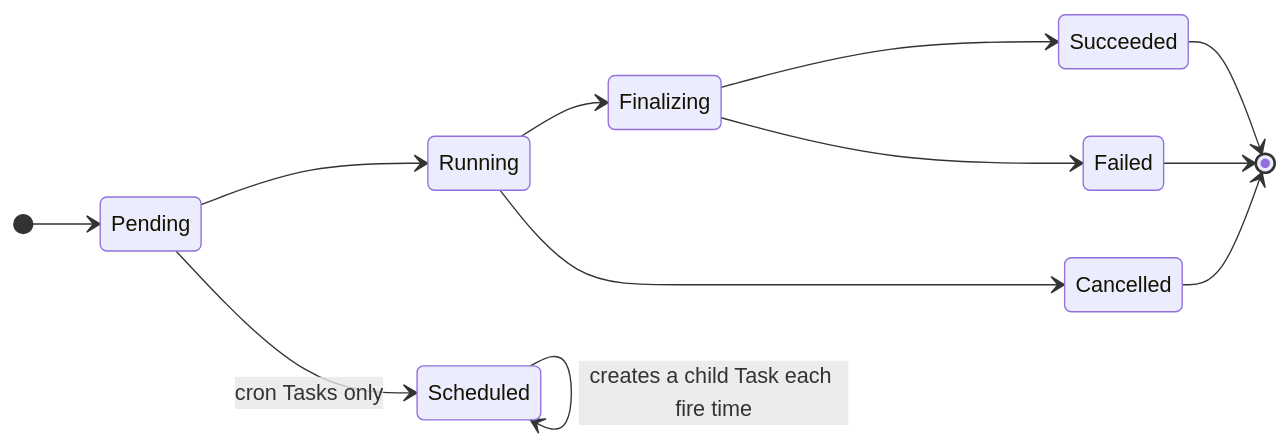
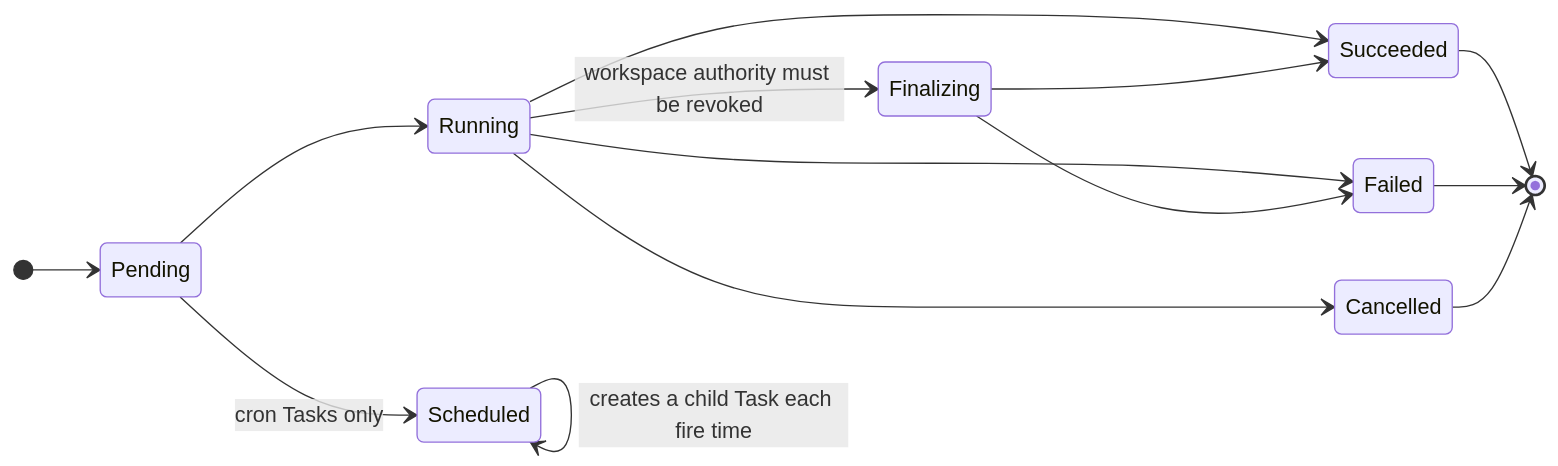
The second of 3 diagrams in website/docs/concepts/architecture.md (orka-agents/orka), drawn with Mermaid before and after one commit. The commit also changed other lines of this file and 5 other files, not shown here.

````diff
--- a/website/docs/concepts/architecture.md
+++ b/website/docs/concepts/architecture.md
@@ -270,15 +276,17 @@
 ```mermaid
 stateDiagram-v2
     direction LR
     [*] --> Pending
     Pending --> Scheduled: cron Tasks only
     Scheduled --> Scheduled: creates a child Task each fire time
     Pending --> Running
-    Running --> Finalizing
+    Running --> Succeeded
+    Running --> Failed
+    Running --> Finalizing: workspace authority must be revoked
     Finalizing --> Succeeded
     Finalizing --> Failed
     Running --> Cancelled
     Succeeded --> [*]
     Failed --> [*]
     Cancelled --> [*]
 ```
````
